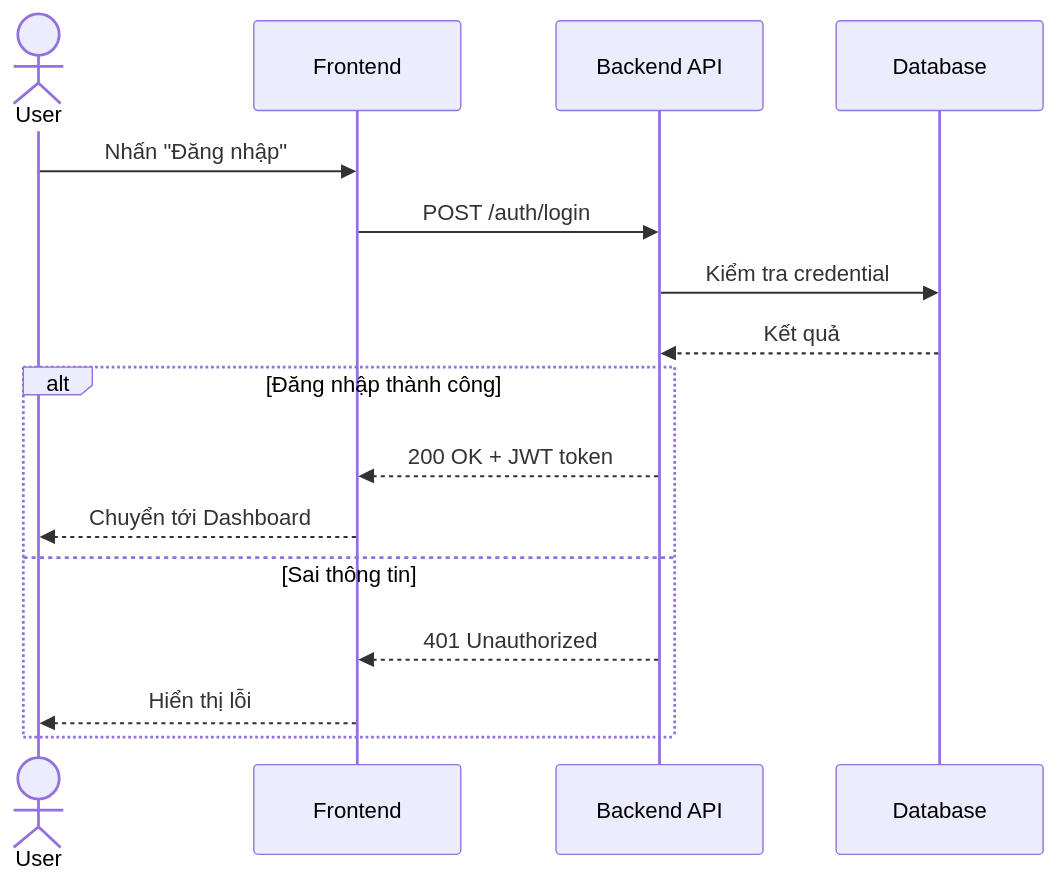
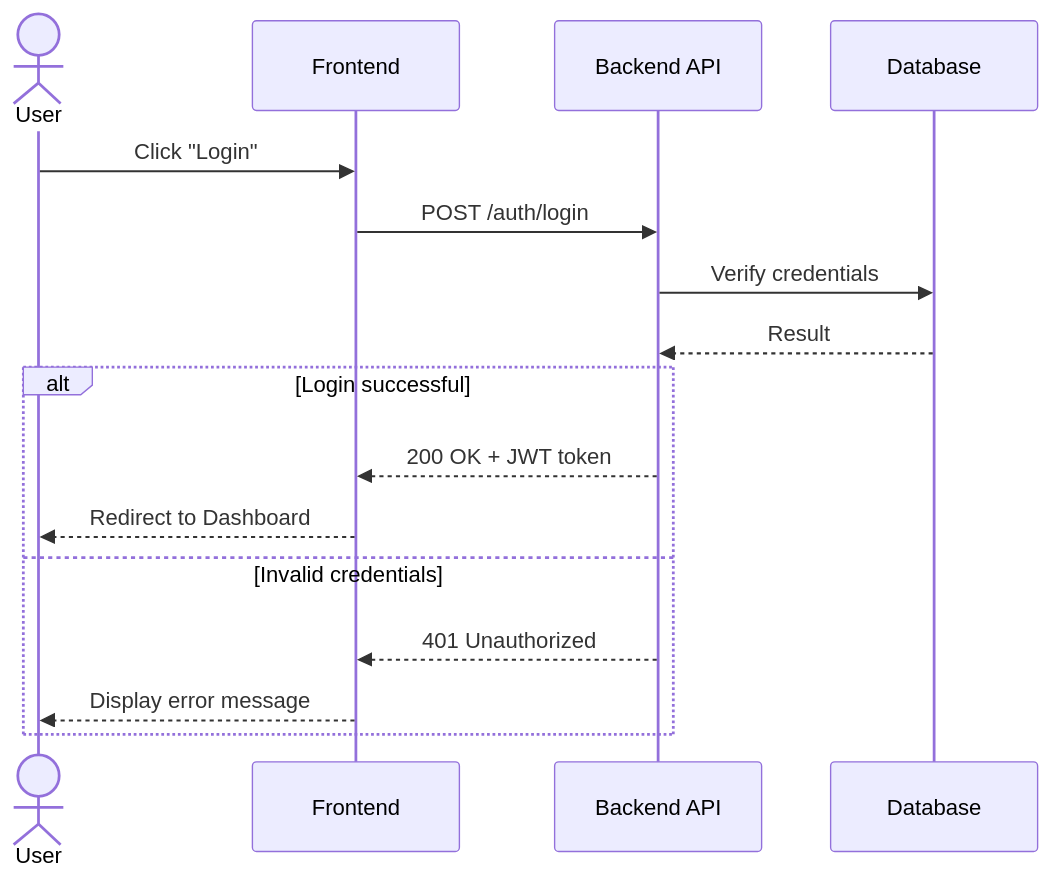
One commit to HuynhTri-dev/agent_vibe_retrival changed the second of 5 diagrams in .agent/skills/bda/resources/phase_2_mermaid_diagram_snippets.md. Above: the diagram before and after it, drawn with Mermaid. The commit also changed other lines of this file and 9 other files, not shown here.

````diff
--- a/.agent/skills/bda/resources/phase_2_mermaid_diagram_snippets.md
+++ b/.agent/skills/bda/resources/phase_2_mermaid_diagram_snippets.md
@@ -25,19 +25,19 @@
 ```mermaid
 sequenceDiagram
     actor User
     participant FE as Frontend
     participant BE as Backend API
     participant DB as Database
 
-    User->>FE: Nhấn "Đăng nhập"
+    User->>FE: Click "Login"
     FE->>BE: POST /auth/login
-    BE->>DB: Kiểm tra credential
-    DB-->>BE: Kết quả
-    alt Đăng nhập thành công
+    BE->>DB: Verify credentials
+    DB-->>BE: Result
+    alt Login successful
         BE-->>FE: 200 OK + JWT token
-        FE-->>User: Chuyển tới Dashboard
-    else Sai thông tin
+        FE-->>User: Redirect to Dashboard
+    else Invalid credentials
         BE-->>FE: 401 Unauthorized
-        FE-->>User: Hiển thị lỗi
+        FE-->>User: Display error message
     end
 ```
````
